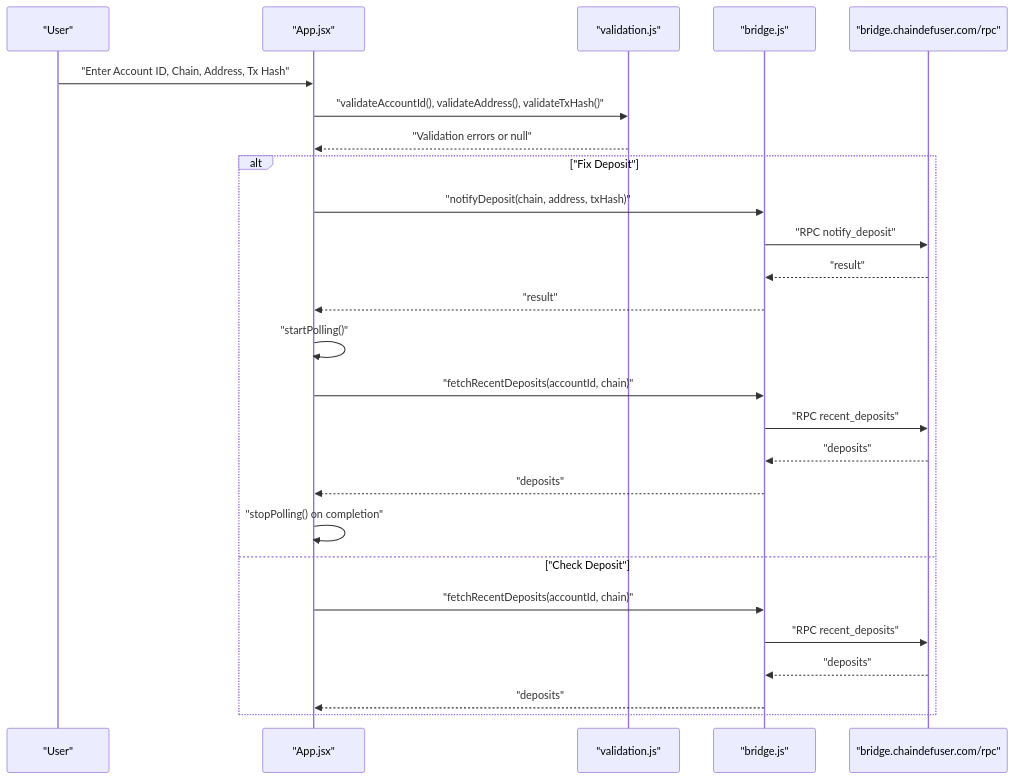
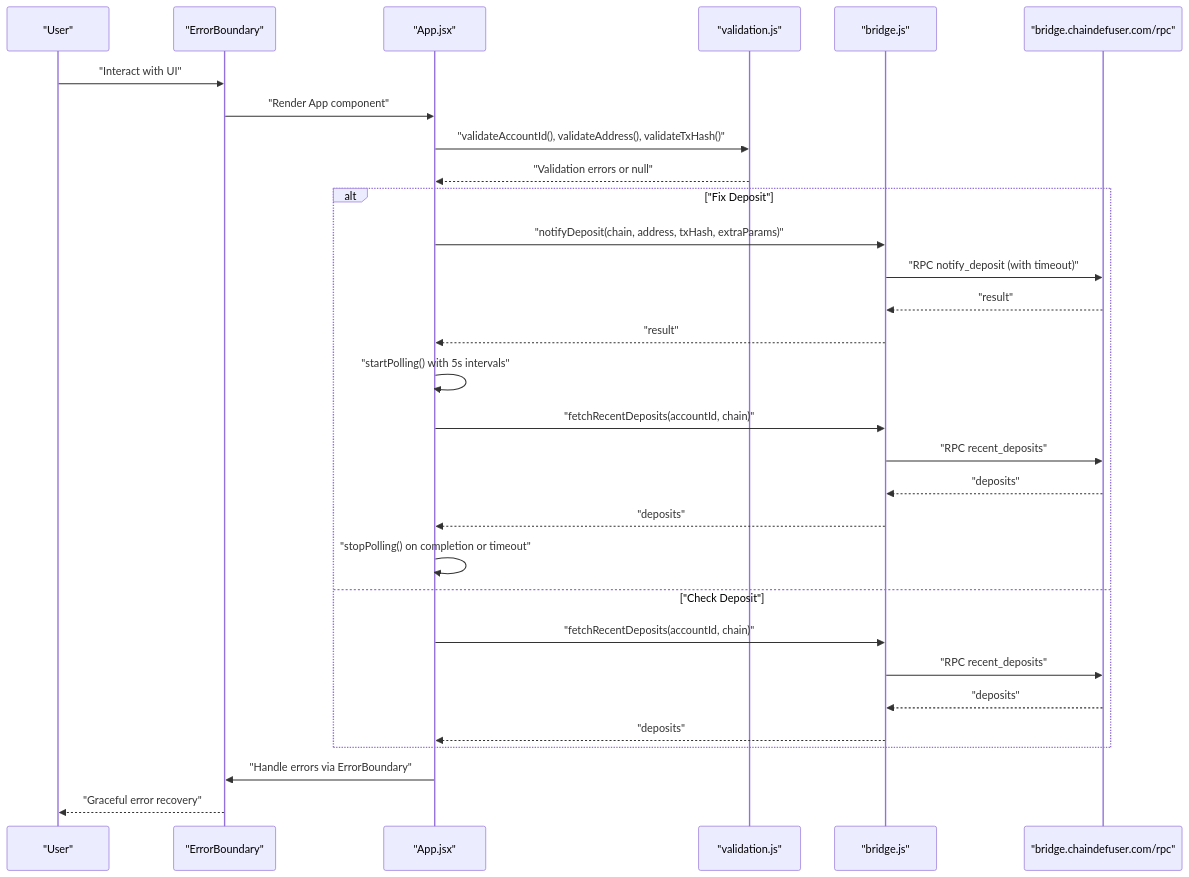
One commit to KaranMakani/deposit-fixer changed the second of 6 diagrams in .qoder/repowiki/en/content/Development Guide.md. Above: the diagram before and after it, drawn with Mermaid. The commit also changed other lines of this file and 10 other files, not shown here.

````diff
--- a/.qoder/repowiki/en/content/Development Guide.md
+++ b/.qoder/repowiki/en/content/Development Guide.md
@@ -86,28 +111,32 @@
 ```mermaid
 sequenceDiagram
 participant U as "User"
+participant EB as "ErrorBoundary"
 participant A as "App.jsx"
 participant V as "validation.js"
 participant API as "bridge.js"
 participant RPC as "bridge.chaindefuser.com/rpc"
-U->>A : "Enter Account ID, Chain, Address, Tx Hash"
+U->>EB : "Interact with UI"
+EB->>A : "Render App component"
 A->>V : "validateAccountId(), validateAddress(), validateTxHash()"
 V-->>A : "Validation errors or null"
 alt "Fix Deposit"
-A->>API : "notifyDeposit(chain, address, txHash)"
-API->>RPC : "RPC notify_deposit"
+A->>API : "notifyDeposit(chain, address, txHash, extraParams)"
+API->>RPC : "RPC notify_deposit (with timeout)"
 RPC-->>API : "result"
 API-->>A : "result"
-A->>A : "startPolling()"
+A->>A : "startPolling() with 5s intervals"
 A->>API : "fetchRecentDeposits(accountId, chain)"
 API->>RPC : "RPC recent_deposits"
 RPC-->>API : "deposits"
 API-->>A : "deposits"
-A->>A : "stopPolling() on completion"
+A->>A : "stopPolling() on completion or timeout"
 else "Check Deposit"
 A->>API : "fetchRecentDeposits(accountId, chain)"
 API->>RPC : "RPC recent_deposits"
 RPC-->>API : "deposits"
 API-->>A : "deposits"
 end
+A->>EB : "Handle errors via ErrorBoundary"
+EB-->>U : "Graceful error recovery"
 ```
````
